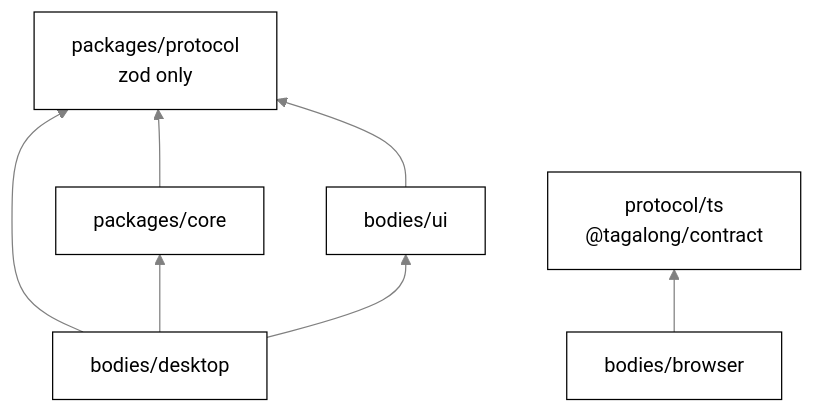
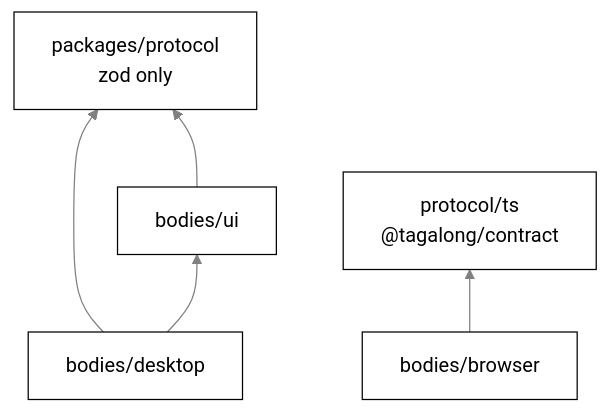
Before and after one commit to nadeem4/tagalong: the second of 3 diagrams in docs/architecture.md, drawn with Mermaid. The commit also changed other lines of this file and 362 other files, not shown here.

````diff
--- a/docs/architecture.md
+++ b/docs/architecture.md
@@ -86,16 +87,13 @@
 ```mermaid
 %%{init: {"theme": "base", "themeVariables": {"primaryColor": "#ffffff", "primaryTextColor": "#000000", "primaryBorderColor": "#000000", "lineColor": "#808080", "secondaryColor": "#f2f2f2", "tertiaryColor": "#ffffff", "clusterBkg": "#f7f7f7", "clusterBorder": "#808080", "edgeLabelBackground": "#ffffff", "titleColor": "#808080", "fontFamily": "Segoe UI, Helvetica, Arial, sans-serif"}}}%%
 flowchart BT
   P["packages/protocol<br>zod only"]
-  C["packages/core"]
   U["bodies/ui"]
   D["bodies/desktop"]
   X["bodies/browser"]
-  C --> P
   U --> P
   D --> P
-  D --> C
   D --> U
   K["protocol/ts<br>@tagalong/contract"]
   X --> K
 ```
````
